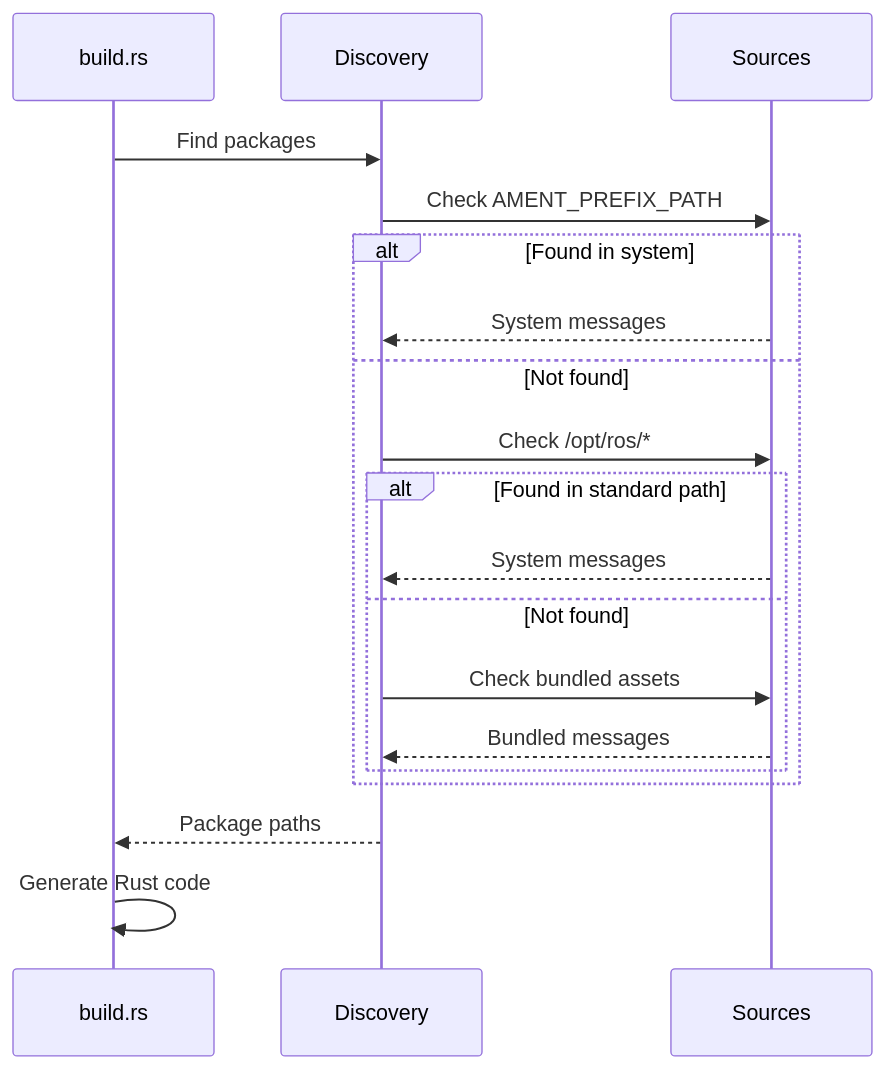
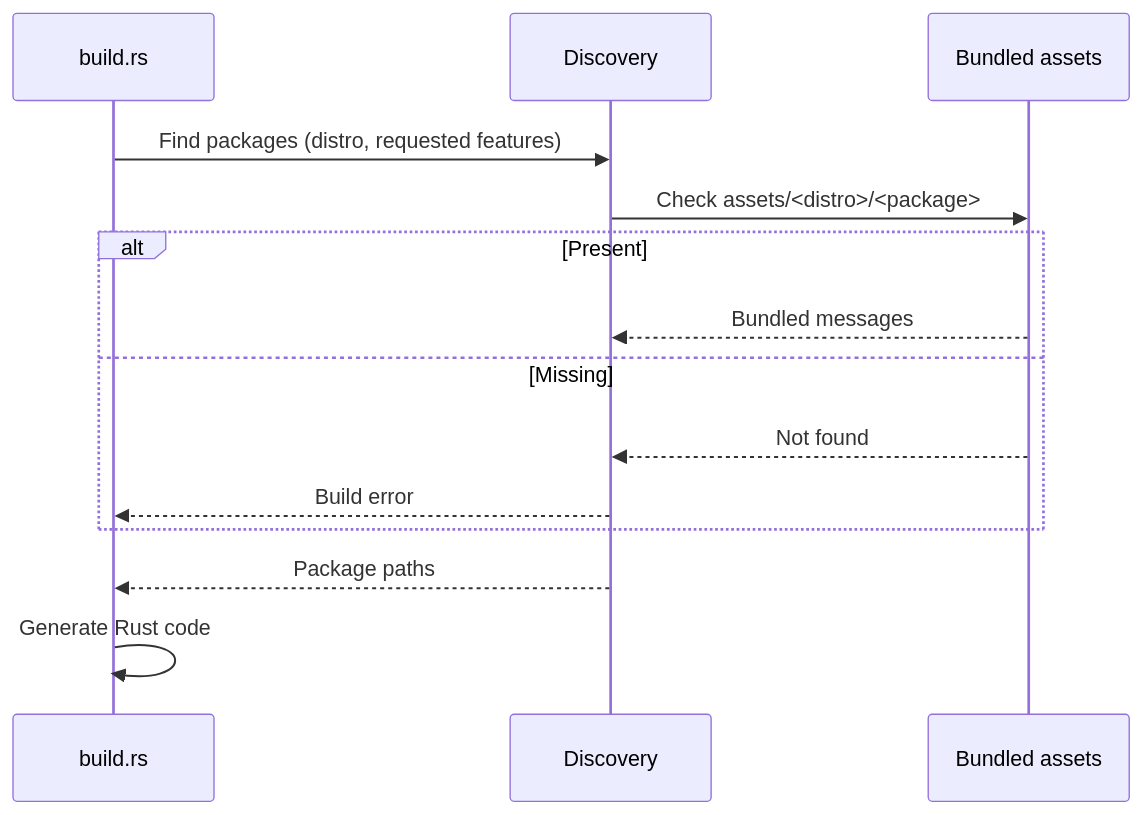
One commit to ZettaScaleLabs/hiroz changed the second of 6 diagrams in docs/user-guide/message-generation.md. Above: the diagram before and after it, drawn with Mermaid. The commit also changed other lines of this file and 3 other files, not shown here.

First line of the commit message:
docs(msgs): drop stale system-ROS discovery fallback from message-generation docs

````diff
--- a/docs/user-guide/message-generation.md
+++ b/docs/user-guide/message-generation.md
@@ -62,24 +62,19 @@
 ```mermaid
 sequenceDiagram
-accTitle: Package discovery sequence checking system then bundled message sources
-accDescr: build.rs asks the discovery layer to find packages, which checks AMENT_PREFIX_PATH then standard opt/ros paths and finally falls back to bundled assets before returning paths for Rust code generation.
+accTitle: Package discovery sequence resolving requested packages against the bundled distro asset tree
+accDescr: build.rs selects a distro from Cargo features, then asks the discovery layer to find each feature-requested package in that distro's bundled asset tree, returning paths for Rust code generation or failing the build if a requested package is missing.
     participant B as build.rs
     participant D as Discovery
-    participant S as Sources
+    participant S as Bundled assets
 
-    B->>D: Find packages
-    D->>S: Check AMENT_PREFIX_PATH
-    alt Found in system
-        S-->>D: System messages
-    else Not found
-        D->>S: Check /opt/ros/*
-        alt Found in standard path
-            S-->>D: System messages
-        else Not found
-            D->>S: Check bundled assets
-            S-->>D: Bundled messages
-        end
+    B->>D: Find packages (distro, requested features)
+    D->>S: Check assets/<distro>/<package>
+    alt Present
+        S-->>D: Bundled messages
+    else Missing
+        S-->>D: Not found
+        D-->>B: Build error
     end
     D-->>B: Package paths
     B->>B: Generate Rust code
 ```
````
